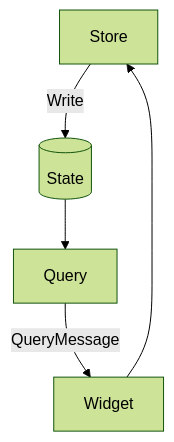
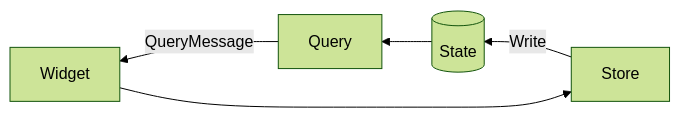
The second of 2 diagrams in text/0000-shared-widget-state.md (iced-rs/rfcs), drawn with Mermaid (forest theme) before and after one commit. The commit also changed other lines of this file, not shown here.

Commit message:
keyboard events example cleanup

````diff
--- a/text/0000-shared-widget-state.md
+++ b/text/0000-shared-widget-state.md
@@ -50,7 +50,7 @@
 ```mermaid
-  graph TD;
+  graph RL;
     Store--Write-->State[(State)];
     Query--QueryMessage-->Widget
     State-->Query;
     Widget-->Store;
 ```
````
